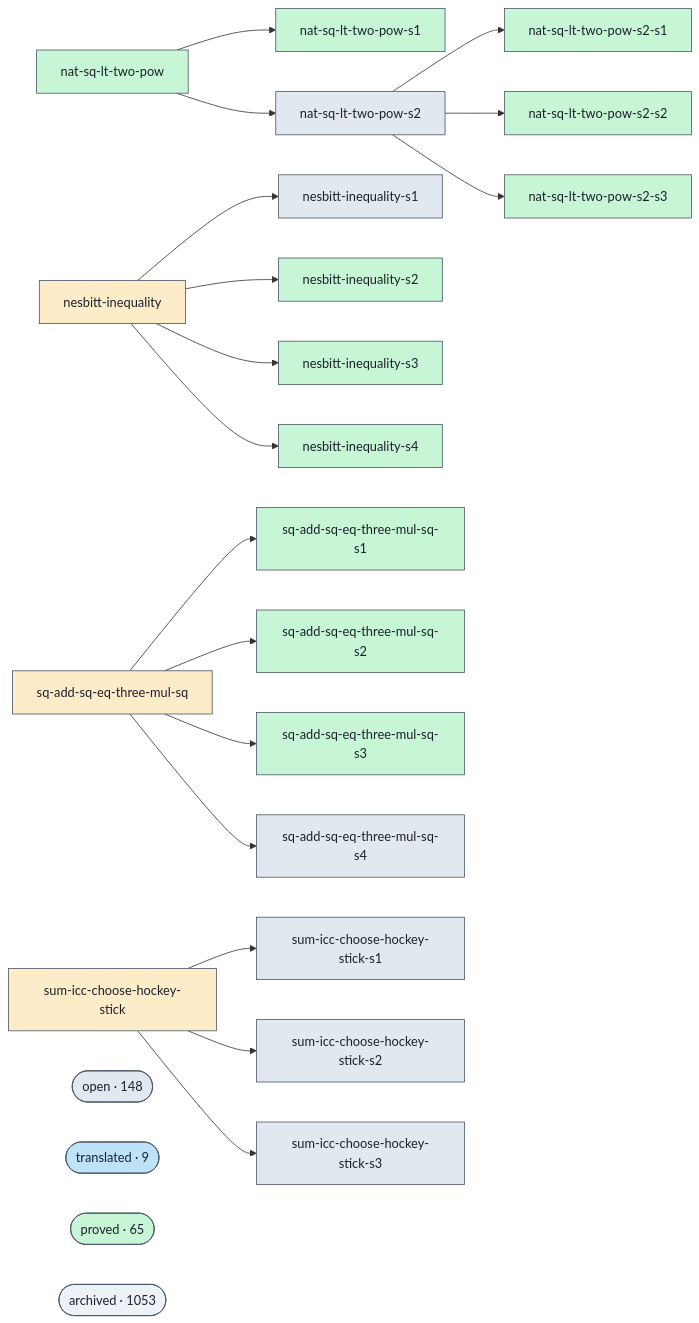
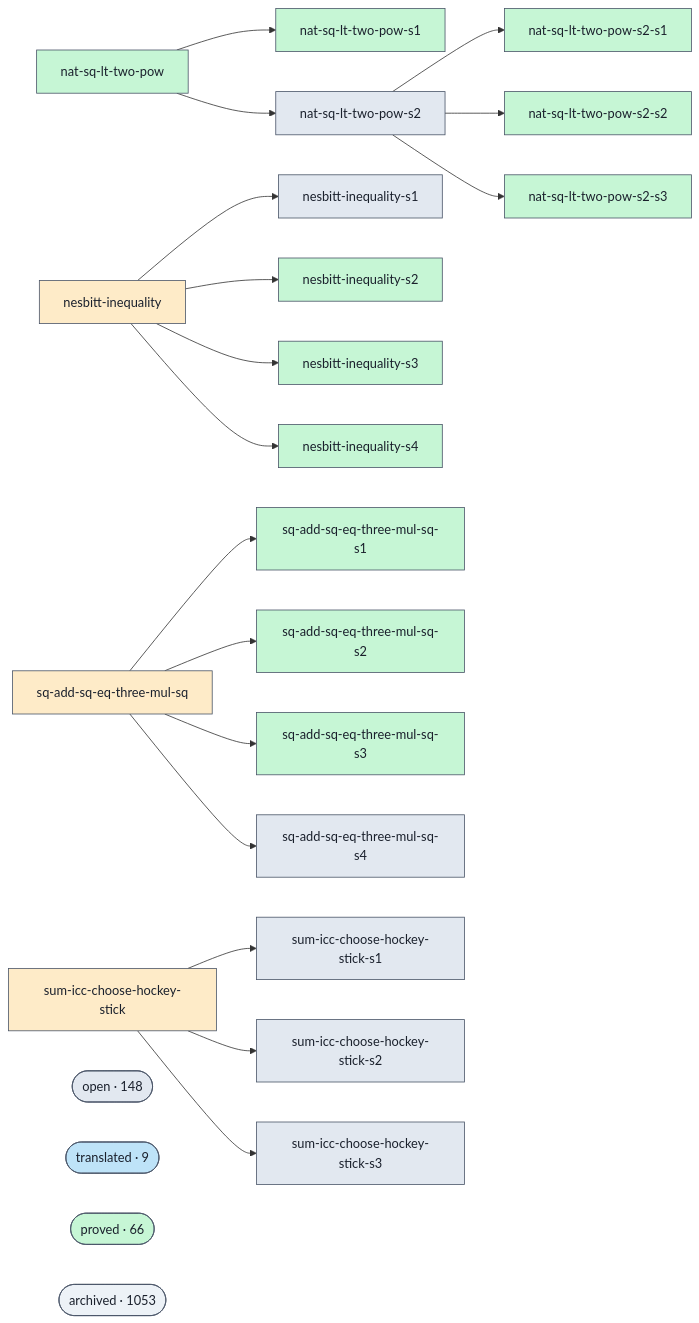
Before and after one commit to Rauxon/unsorry: the diagram in docs/proofs-contributors-visualisation.md, drawn with Mermaid. The commit also changed other lines of this file and 2 other files, not shown here.

```diff
--- a/docs/proofs-contributors-visualisation.md
+++ b/docs/proofs-contributors-visualisation.md
@@ -102,7 +102,7 @@
   class cluster_open open;
   cluster_translated(["translated · 9"])
   class cluster_translated translated;
-  cluster_proved(["proved · 65"])
+  cluster_proved(["proved · 66"])
   class cluster_proved proved;
   cluster_archived(["archived · 1053"])
   class cluster_archived unknown;
```
